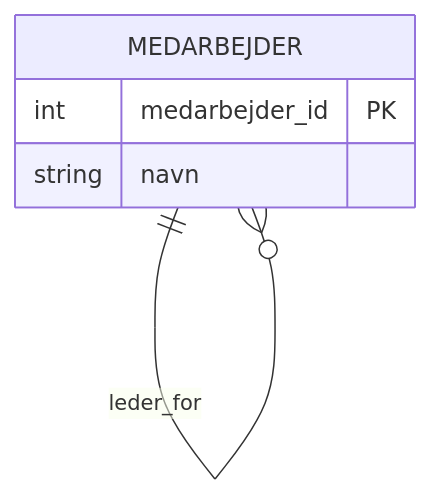
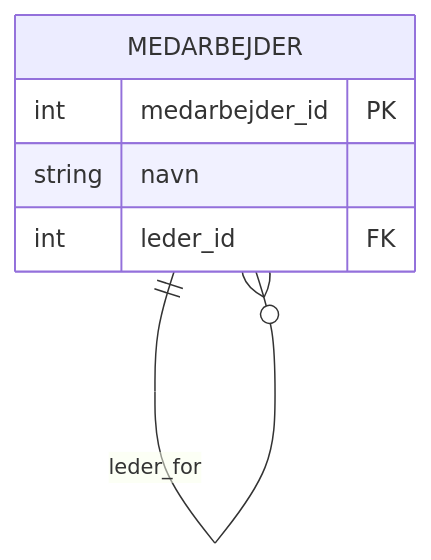
One commit to EK-DATA-2SEM-PROGSYSTEK/DATA-GBG-E25A-B changed the sixth of 8 diagrams in 10/01_man_2026-03-02/README.md. Above: the diagram before and after it, drawn with Mermaid. The commit also changed other lines of this file, not shown here.

````diff
--- a/10/01_man_2026-03-02/README.md
+++ b/10/01_man_2026-03-02/README.md
@@ -243,9 +243,11 @@
 ```mermaid
 erDiagram
     MEDARBEJDER {
         int medarbejder_id PK
         string navn
+        int leder_id FK
     }
 
     MEDARBEJDER ||--o{ MEDARBEJDER : leder_for
+
 ```
````
